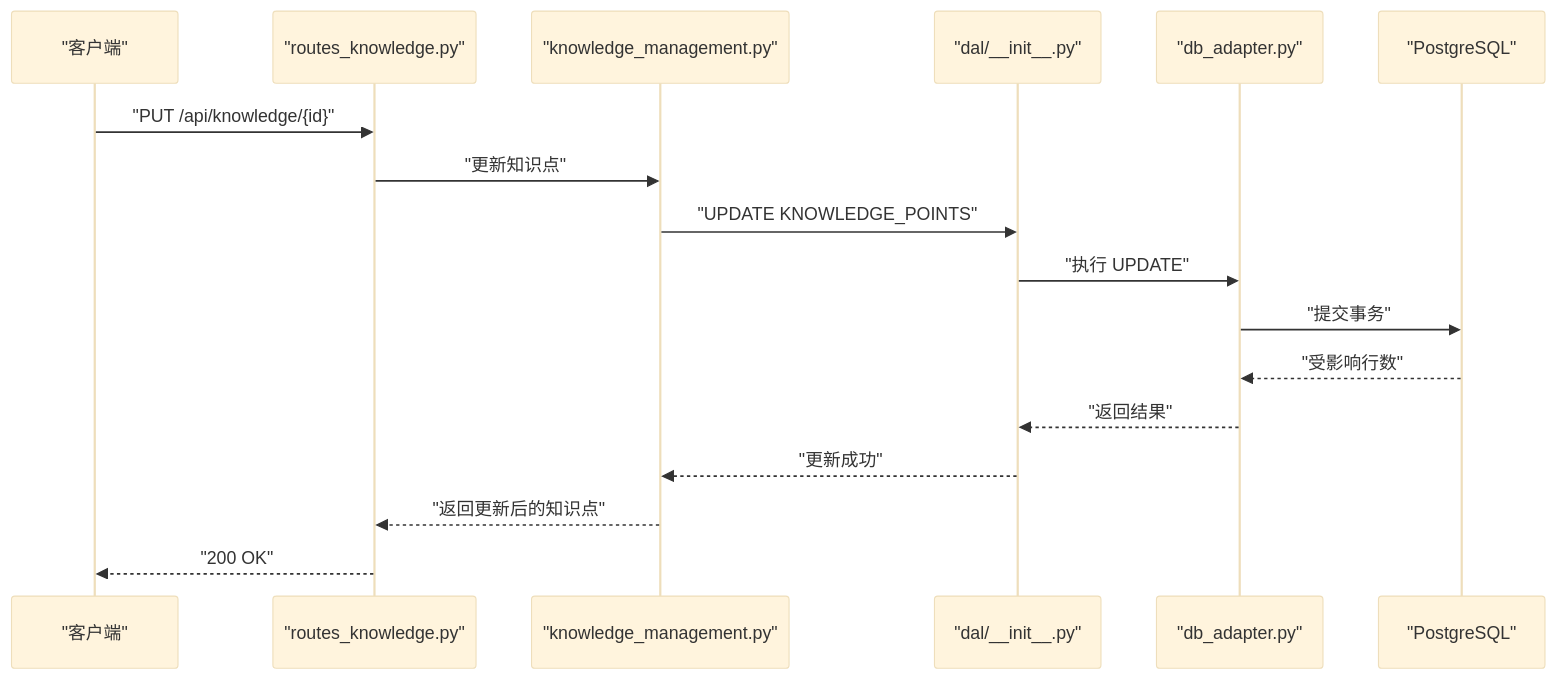
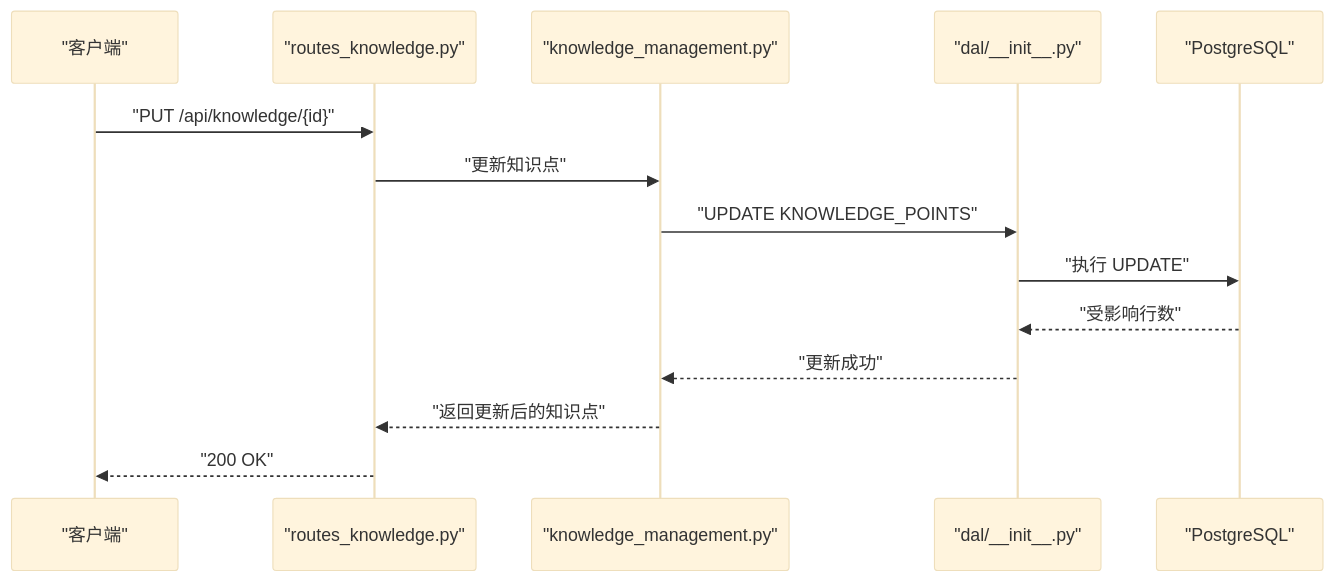
The sixth of 8 diagrams in .qoder/repowiki/zh/content/数据库设计/数据库设计.md (abokyoy/LectureLearnLoop), drawn with Mermaid (base theme) before and after one commit. The commit also changed other lines of this file and 91 other files, not shown here.

````diff
--- a/.qoder/repowiki/zh/content/数据库设计/数据库设计.md
+++ b/.qoder/repowiki/zh/content/数据库设计/数据库设计.md
@@ -347,19 +449,16 @@
 ```mermaid
 sequenceDiagram
 participant Client as "客户端"
 participant RoutesK as "routes_knowledge.py"
 participant ServiceKM as "knowledge_management.py"
 participant DAL as "dal/__init__.py"
-participant DBA as "db_adapter.py"
 participant DB as "PostgreSQL"
 Client->>RoutesK : "PUT /api/knowledge/{id}"
 RoutesK->>ServiceKM : "更新知识点"
 ServiceKM->>DAL : "UPDATE KNOWLEDGE_POINTS"
-DAL->>DBA : "执行 UPDATE"
-DBA->>DB : "提交事务"
-DB-->>DBA : "受影响行数"
-DBA-->>DAL : "返回结果"
+DAL->>DB : "执行 UPDATE"
+DB-->>DAL : "受影响行数"
 DAL-->>ServiceKM : "更新成功"
 ServiceKM-->>RoutesK : "返回更新后的知识点"
 RoutesK-->>Client : "200 OK"
 ```
````
